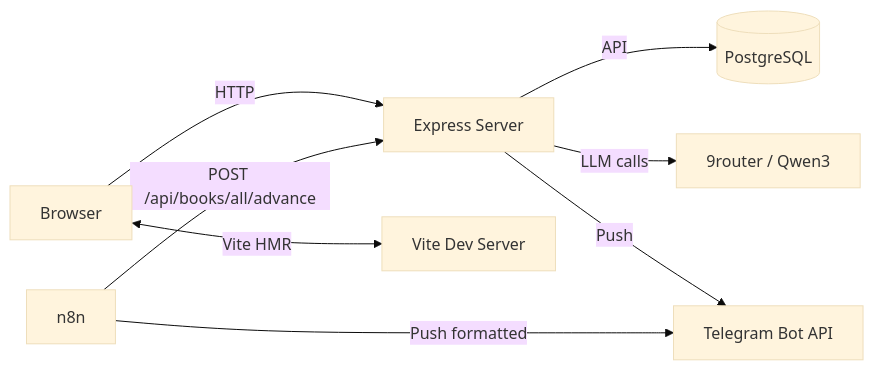
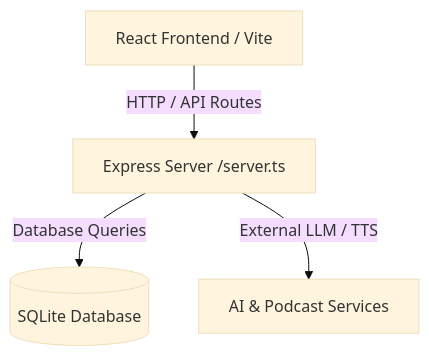
The diagram in openwiki/architecture/overview.md (tuanhuytruong/chapter), drawn with Mermaid (base theme) before and after one commit. The commit also changed other lines of this file and 9 other files, not shown here.

````diff
--- a/openwiki/architecture/overview.md
+++ b/openwiki/architecture/overview.md
@@ -14,10 +17,6 @@
 ```mermaid
-flowchart LR
-    Browser -->|HTTP| Express[Express Server]
-    Express -->|API| DB[(PostgreSQL)]
-    Express -->|LLM calls| LLM[9router / Qwen3]
-    Express -->|Push| TG[Telegram Bot API]
-    n8n -->|POST /api/books/all/advance| Express
-    n8n -->|Push formatted| TG
-    Browser <-->|Vite HMR| ViteDev[Vite Dev Server]
+flowchart TD
+    Client[React Frontend / Vite] -->|HTTP / API Routes| Server[Express Server /server.ts]
+    Server -->|Database Queries| DB[(SQLite Database)]
+    Server -->|External LLM / TTS| AI[AI & Podcast Services]
 ```
````
